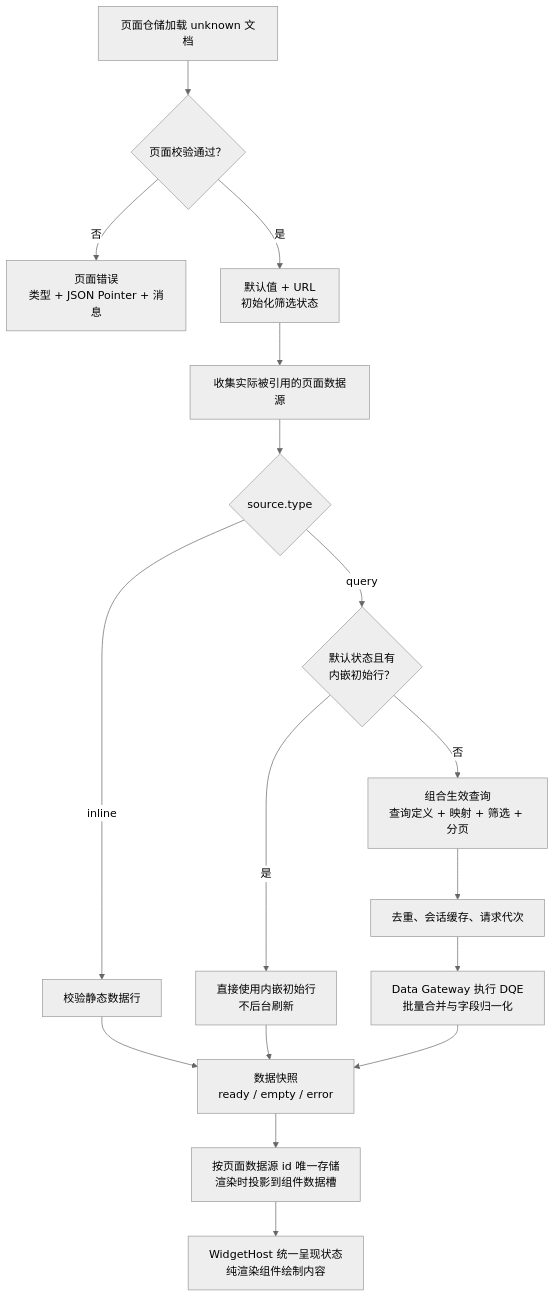
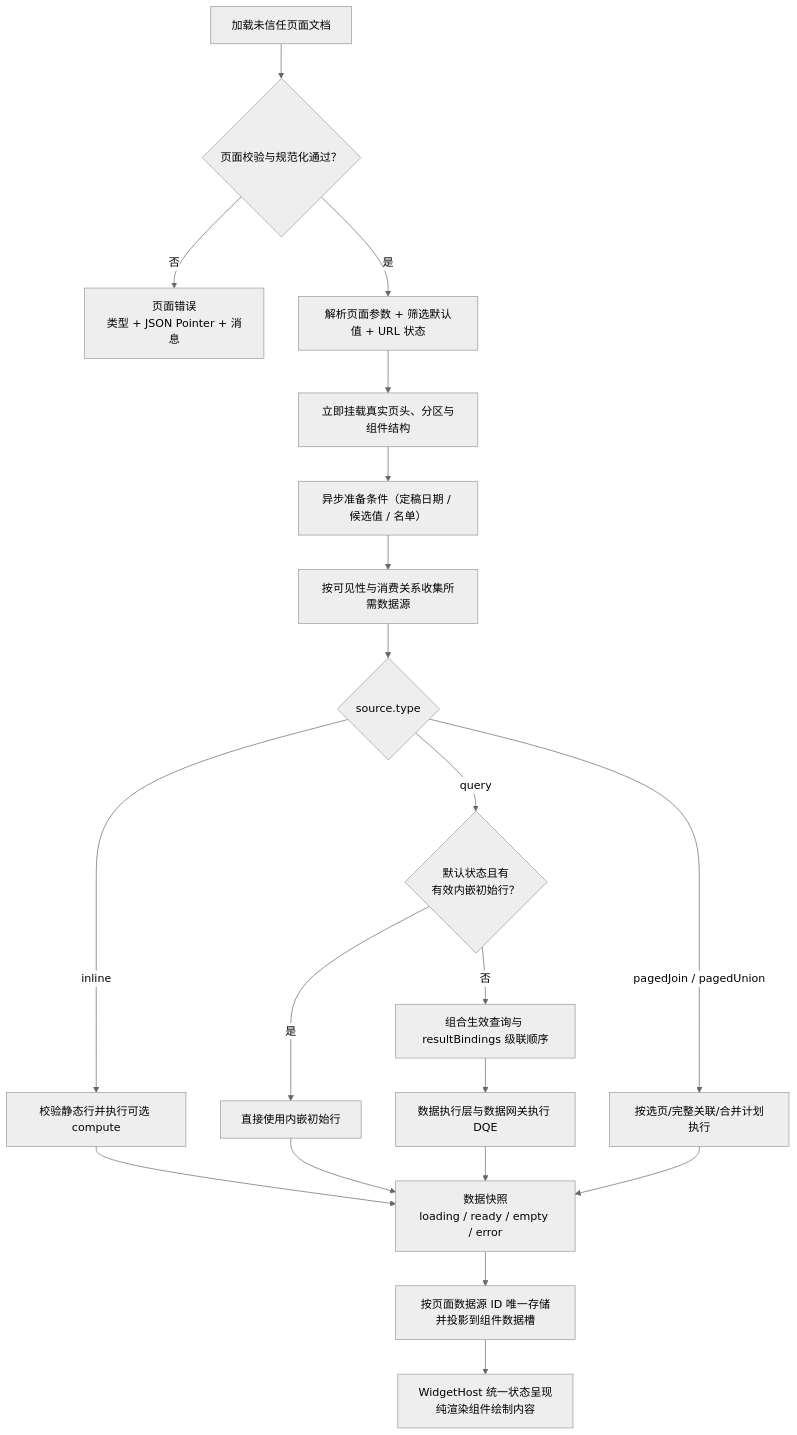
Before and after one commit to CCharlesMeng/MetricCanvas: the third of 4 diagrams in docs/frontend-runtime-capabilities.md, drawn with Mermaid (neutral theme). The commit also changed other lines of this file and 84 other files, not shown here.

Commit message:
chore: Wave 1A repo hygiene, plan archiving, doc consolidation, and ARCHITECTURE.md

````diff
--- a/docs/frontend-runtime-capabilities.md
+++ b/docs/frontend-runtime-capabilities.md
@@ -180,19 +189,22 @@
 ```mermaid
 flowchart TD
-  load["页面仓储加载 unknown 文档"] --> validate{"页面校验通过？"}
+  load["加载未信任页面文档"] --> validate{"页面校验与规范化通过？"}
   validate -->|"否"| pageError["页面错误<br/>类型 + JSON Pointer + 消息"]
-  validate -->|"是"| init["默认值 + URL<br/>初始化筛选状态"]
-  init --> collect["收集实际被引用的页面数据源"]
+  validate -->|"是"| init["解析页面参数 + 筛选默认值 + URL 状态"]
+  init --> mount["立即挂载真实页头、分区与组件结构"]
+  mount --> prep["异步准备条件（定稿日期 / 候选值 / 名单）"]
+  prep --> collect["按可见性与消费关系收集所需数据源"]
   collect --> sourceType{"source.type"}
-  sourceType -->|"inline"| inlineRows["校验静态数据行"]
-  sourceType -->|"query"| initial{"默认状态且有<br/>内嵌初始行？"}
-  initial -->|"是"| embedded["直接使用内嵌初始行<br/>不后台刷新"]
-  initial -->|"否"| effective["组合生效查询<br/>查询定义 + 映射 + 筛选 + 分页"]
-  effective --> orchestrate["去重、会话缓存、请求代次"]
-  orchestrate --> gateway["Data Gateway 执行 DQE<br/>批量合并与字段归一化"]
-  inlineRows --> snapshot["数据快照<br/>ready / empty / error"]
+  sourceType -->|"inline"| inlineRows["校验静态行并执行可选 compute"]
+  sourceType -->|"query"| initial{"默认状态且有<br/>有效内嵌初始行？"}
+  sourceType -->|"pagedJoin / pagedUnion"| composite["按选页/完整关联/合并计划执行"]
+  initial -->|"是"| embedded["直接使用内嵌初始行"]
+  initial -->|"否"| effective["组合生效查询与 resultBindings 级联顺序"]
+  effective --> gateway["数据执行层与数据网关执行 DQE"]
+  inlineRows --> snapshot["数据快照<br/>loading / ready / empty / error"]
   embedded --> snapshot
   gateway --> snapshot
-  snapshot --> project["按页面数据源 id 唯一存储<br/>渲染时投影到组件数据槽"]
-  project --> render["WidgetHost 统一呈现状态<br/>纯渲染组件绘制内容"]
+  composite --> snapshot
+  snapshot --> project["按页面数据源 ID 唯一存储并投影到组件数据槽"]
+  project --> render["WidgetHost 统一状态呈现<br/>纯渲染组件绘制内容"]
 ```
````
